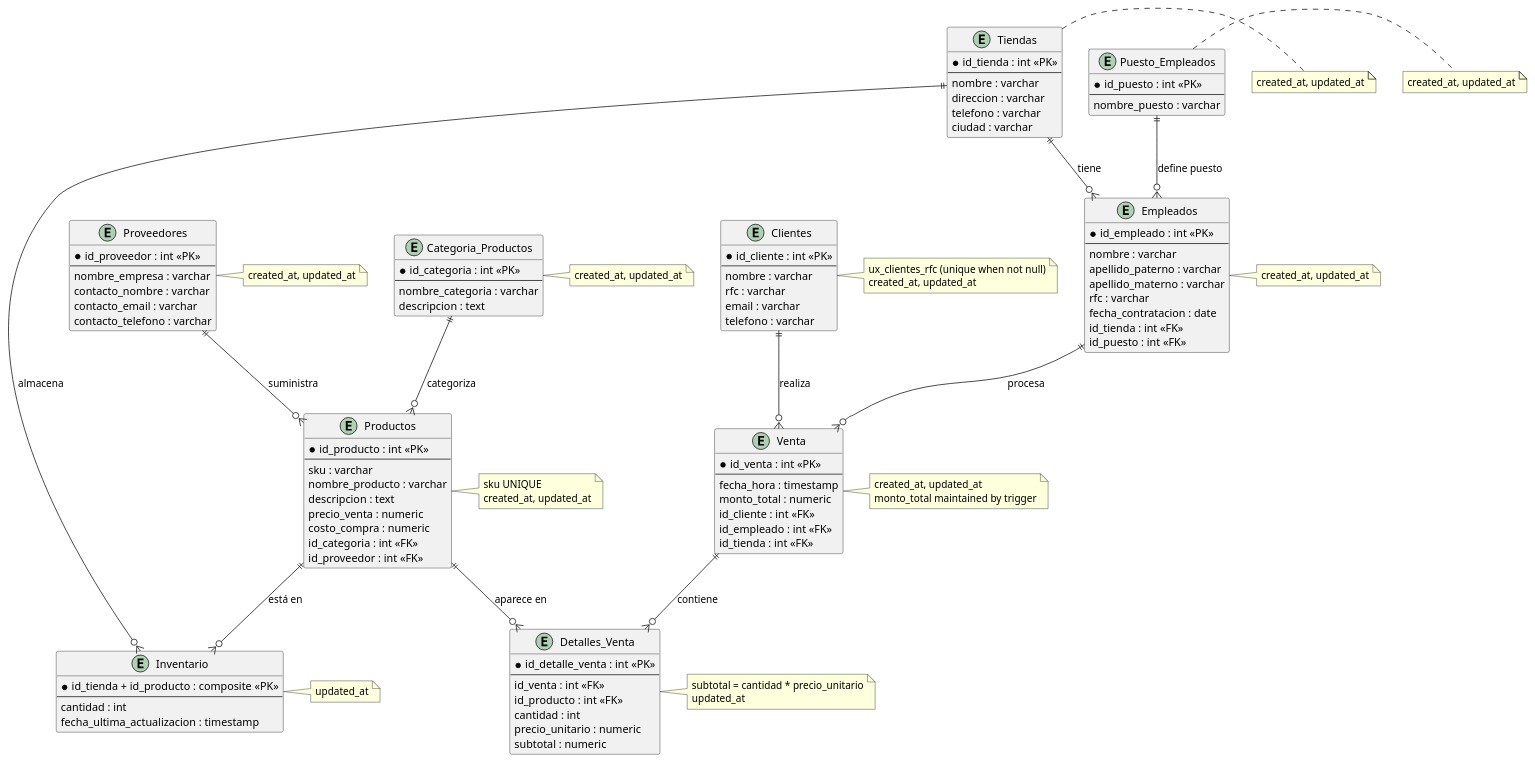
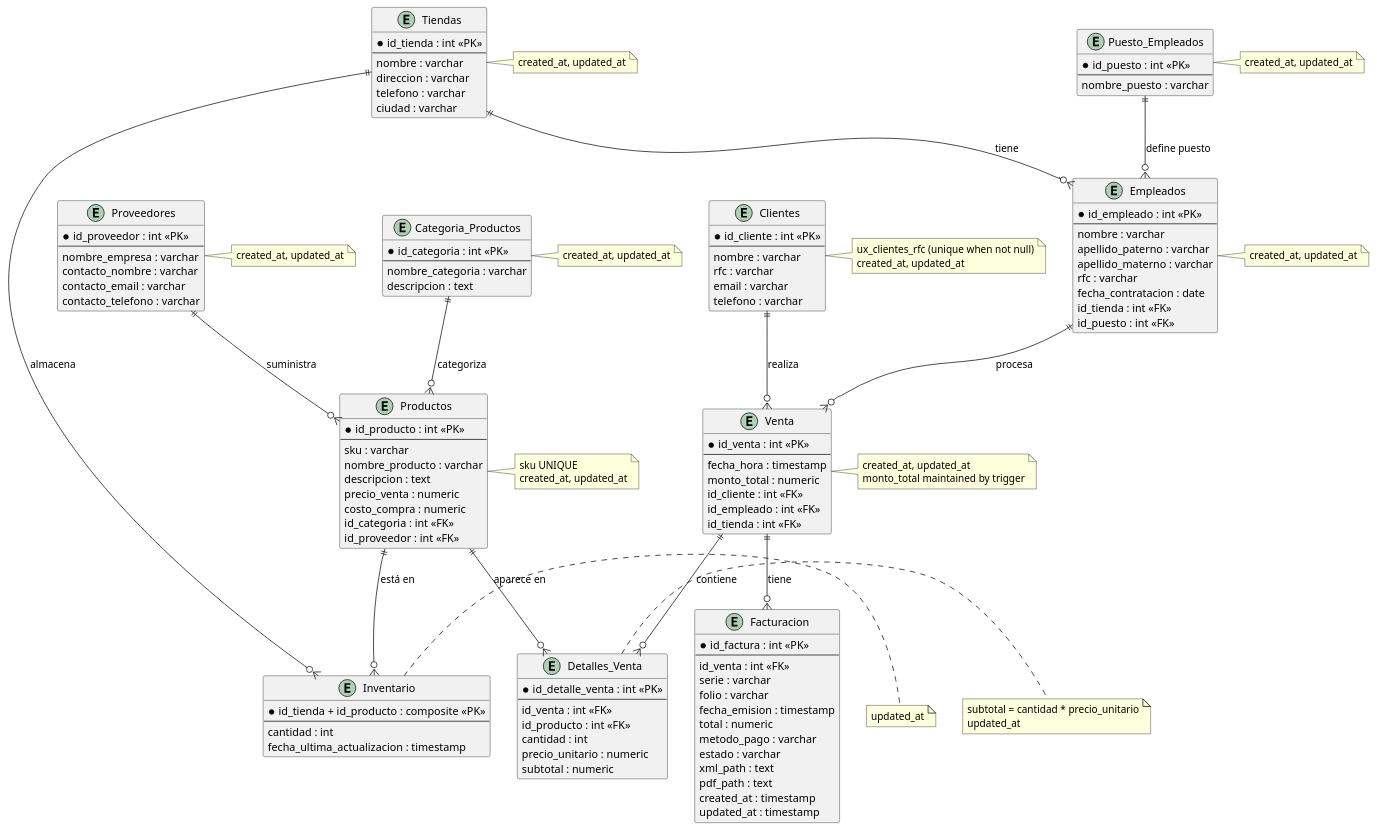
One commit to Vegasavd/Model_logic changed the diagram in Model_logic/modelo_logico.puml. Above: the diagram before and after it, drawn with PlantUML. The commit also changed 9 other files, not shown here.

```diff
--- a/Model_logic/modelo_logico.puml
+++ b/Model_logic/modelo_logico.puml
@@ -1,152 +1,170 @@
 @startuml modelo_logico
 ' Diagrama ER del modelo lógico (sistema de ventas)
 ' Generado/actualizado a partir de las imágenes proporcionadas
 
 entity "Tiendas" as Tiendas {
   *id_tienda : int <<PK>>
   --
   nombre : varchar
   direccion : varchar
   telefono : varchar
   ciudad : varchar
 }
 
 note right of Tiendas
   created_at, updated_at
 end note
 
 entity "Puesto_Empleados" as Puesto {
   *id_puesto : int <<PK>>
   --
   nombre_puesto : varchar
 }
 
 note right of Puesto
   created_at, updated_at
 end note
 
 entity "Empleados" as Empleado {
   *id_empleado : int <<PK>>
   --
   nombre : varchar
   apellido_paterno : varchar
   apellido_materno : varchar
   rfc : varchar
   fecha_contratacion : date
   id_tienda : int <<FK>>
   id_puesto : int <<FK>>
 }
 
 note right of Empleado
   created_at, updated_at
 end note
 
 entity "Proveedores" as Proveedor {
   *id_proveedor : int <<PK>>
   --
   nombre_empresa : varchar
   contacto_nombre : varchar
   contacto_email : varchar
   contacto_telefono : varchar
 }
 
 note right of Proveedor
   created_at, updated_at
 end note
 
 entity "Categoria_Productos" as Categoria {
   *id_categoria : int <<PK>>
   --
   nombre_categoria : varchar
   descripcion : text
 }
 
 note right of Categoria
   created_at, updated_at
 end note
 
 entity "Productos" as Producto {
   *id_producto : int <<PK>>
   --
   sku : varchar
   nombre_producto : varchar
   descripcion : text
   precio_venta : numeric
   costo_compra : numeric
   id_categoria : int <<FK>>
   id_proveedor : int <<FK>>
 }
 
 note right of Producto
   sku UNIQUE
   created_at, updated_at
 end note
 
 entity "Inventario" as Inventario {
   *id_tienda + id_producto : composite <<PK>>
   --
   cantidad : int
   fecha_ultima_actualizacion : timestamp
 }
 
 note right of Inventario
   updated_at
 end note
 
 entity "Clientes" as Cliente {
   *id_cliente : int <<PK>>
   --
   nombre : varchar
   rfc : varchar
   email : varchar
   telefono : varchar
 }
 
 note right of Cliente
   ux_clientes_rfc (unique when not null)
   created_at, updated_at
 end note
 
 entity "Venta" as Venta {
   *id_venta : int <<PK>>
   --
   fecha_hora : timestamp
   monto_total : numeric
   id_cliente : int <<FK>>
   id_empleado : int <<FK>>
   id_tienda : int <<FK>>
 }
 
 note right of Venta
   created_at, updated_at
   monto_total maintained by trigger
 end note
 
 entity "Detalles_Venta" as Detalle {
   *id_detalle_venta : int <<PK>>
   --
   id_venta : int <<FK>>
   id_producto : int <<FK>>
   cantidad : int
   precio_unitario : numeric
   subtotal : numeric
 }
 
 note right of Detalle
   subtotal = cantidad * precio_unitario
   updated_at
 end note
 
 ' Relaciones
 Tiendas ||--o{ Empleado : "tiene"
 Puesto ||--o{ Empleado : "define puesto"
 Categoria ||--o{ Producto : "categoriza"
 Proveedor ||--o{ Producto : "suministra"
 Cliente ||--o{ Venta : "realiza"
 Empleado ||--o{ Venta : "procesa"
 Venta ||--o{ Detalle : "contiene"
 Producto ||--o{ Detalle : "aparece en"
 Tiendas ||--o{ Inventario : "almacena"
 Producto ||--o{ Inventario : "está en"
 
+entity "Facturacion" as Facturacion {
+  *id_factura : int <<PK>>
+  --
+  id_venta : int <<FK>>
+  serie : varchar
+  folio : varchar
+  fecha_emision : timestamp
+  total : numeric
+  metodo_pago : varchar
+  estado : varchar
+  xml_path : text
+  pdf_path : text
+  created_at : timestamp
+  updated_at : timestamp
+}
+
+Venta ||--o{ Facturacion : "tiene"
+
 @enduml
```
